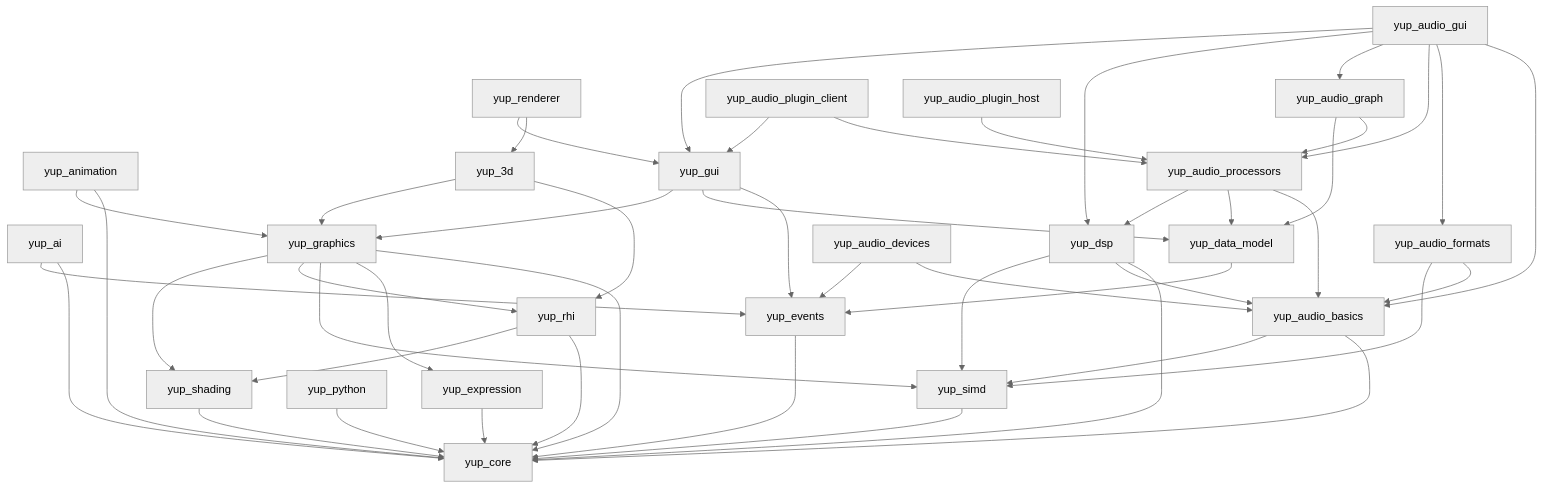
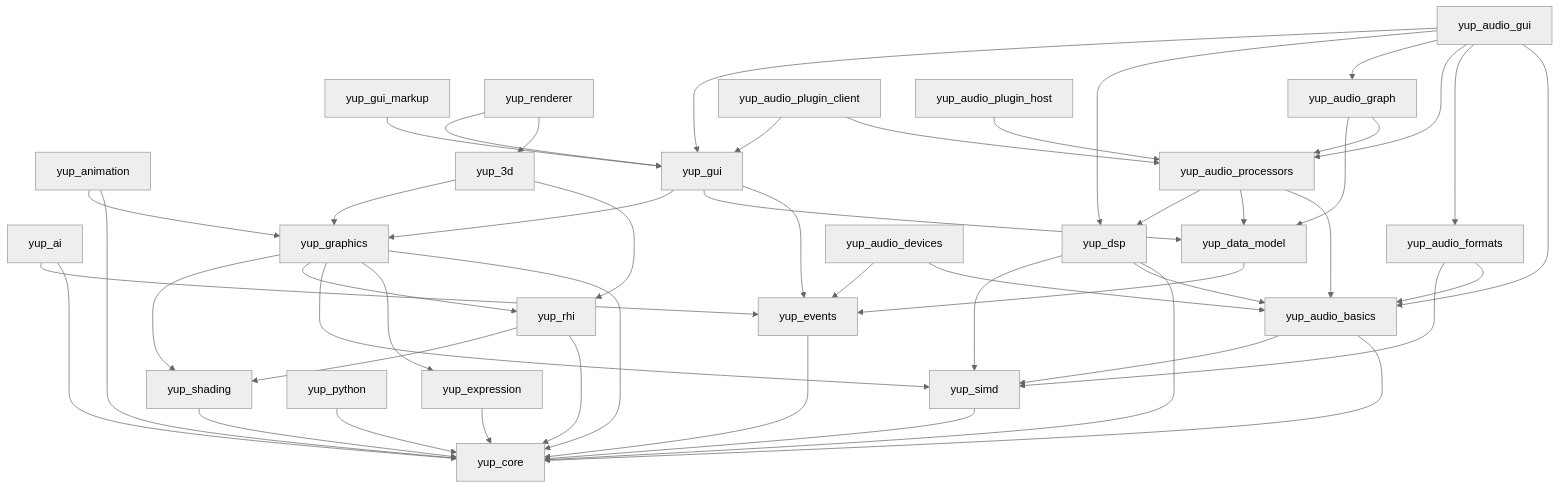
Before and after one commit to kunitoki/yup: diagram 26 of 26 in docs/modules.md, drawn with Mermaid (neutral theme). The commit also changed other lines of this file and 129 other files, not shown here.

````diff
--- a/docs/modules.md
+++ b/docs/modules.md
@@ -481,65 +499,67 @@
 ```mermaid
 flowchart TD
     simd[yup_simd] --> core[yup_core]
     events[yup_events] --> core
     expression[yup_expression] --> core
     shading[yup_shading] --> core
     rhi[yup_rhi] --> core
     rhi --> shading
     python[yup_python] --> core
     ai[yup_ai] --> core
     ai --> events
 
     graphics[yup_graphics] --> core
     graphics --> expression
     graphics --> simd
     graphics --> rhi
     graphics --> shading
 
     animation[yup_animation] --> core
     animation --> graphics
 
     data[yup_data_model] --> events
 
     gui[yup_gui] --> events
     gui --> data
     gui --> graphics
+
+    markup[yup_gui_markup] --> gui
 
     three[yup_3d] --> rhi
     three --> graphics
 
     renderer[yup_renderer] --> three
     renderer --> gui
 
     ab[yup_audio_basics] --> core
     ab --> simd
 
     dsp[yup_dsp] --> core
     dsp --> ab
     dsp --> simd
 
     afmt[yup_audio_formats] --> ab
     afmt --> simd
 
     adev[yup_audio_devices] --> ab
     adev --> events
 
     aproc[yup_audio_processors] --> ab
     aproc --> data
     aproc --> dsp
 
     agraph[yup_audio_graph] --> aproc
     agraph --> data
 
     aclient[yup_audio_plugin_client] --> aproc
     aclient --> gui
 
     ahost[yup_audio_plugin_host] --> aproc
 
     agui[yup_audio_gui] --> ab
     agui --> afmt
     agui --> aproc
     agui --> agraph
     agui --> dsp
     agui --> gui
 ```
````
